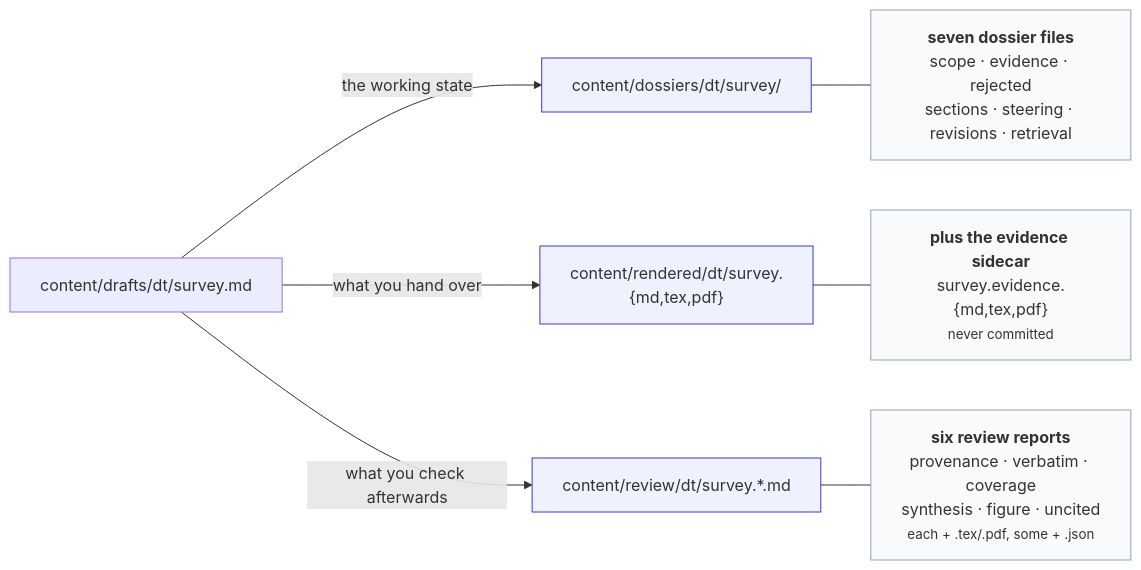
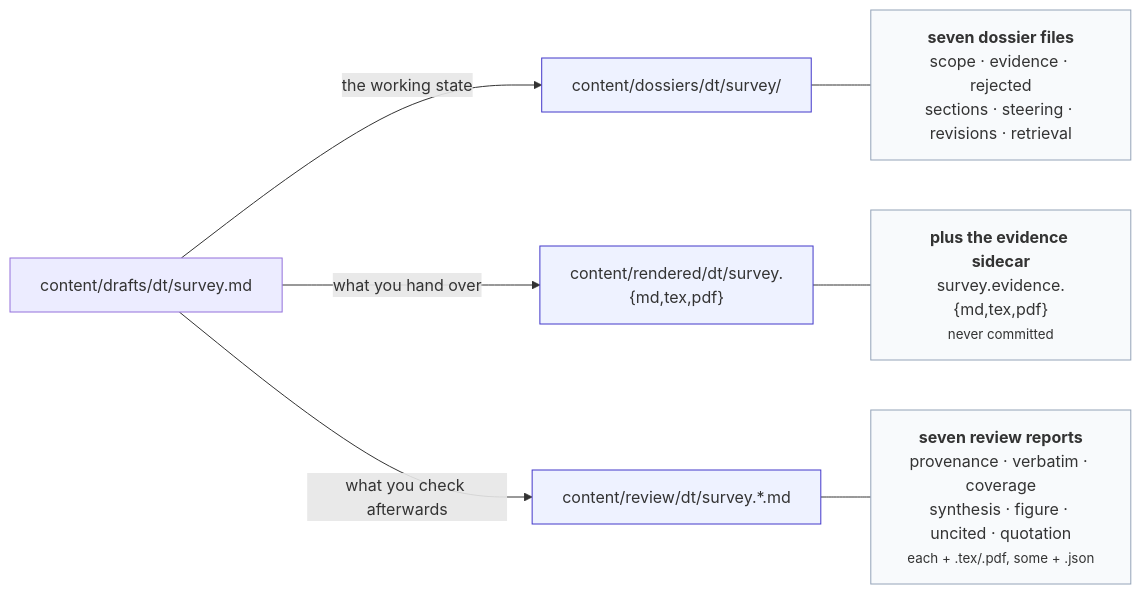
Before and after one commit to prasadtalasila/chitragupta: the third of 3 diagrams in docs/FEATURES.md, drawn with Mermaid. The commit also changed other lines of this file and 34 other files, not shown here.

````diff
--- a/docs/FEATURES.md
+++ b/docs/FEATURES.md
@@ -189,22 +189,22 @@
 ```mermaid
 flowchart LR
   DR["content/drafts/dt/survey.md"]
   DO["content/dossiers/dt/survey/"]
   RE["content/rendered/dt/survey.{md,tex,pdf}"]
   RV["content/review/dt/survey.*.md"]
 
   DR -->|"the working state"| DO
   DR -->|"what you hand over"| RE
   DR -->|"what you check afterwards"| RV
 
   DO --- N["<b>seven dossier files</b><br/>scope · evidence · rejected<br/>sections · steering · revisions · retrieval"]
   RE --- M["<b>plus the evidence sidecar</b><br/>survey.evidence.{md,tex,pdf}<br/><small>never committed</small>"]
-  RV --- P["<b>six review reports</b><br/>provenance · verbatim · coverage<br/>synthesis · figure · uncited<br/><small>each + .tex/.pdf, some + .json</small>"]
+  RV --- P["<b>seven review reports</b><br/>provenance · verbatim · coverage<br/>synthesis · figure · uncited · quotation<br/><small>each + .tex/.pdf, some + .json</small>"]
 
   style DO fill:#eef2ff,stroke:#4338ca
   style RE fill:#eef2ff,stroke:#4338ca
   style RV fill:#eef2ff,stroke:#4338ca
   style N fill:#f8fafc,stroke:#94a3b8
   style M fill:#f8fafc,stroke:#94a3b8
   style P fill:#f8fafc,stroke:#94a3b8
 ```
````
